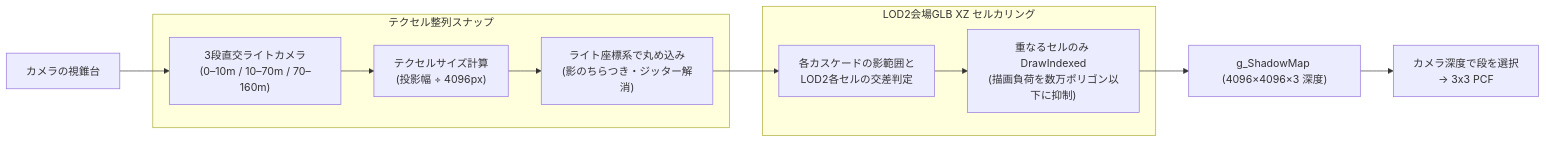
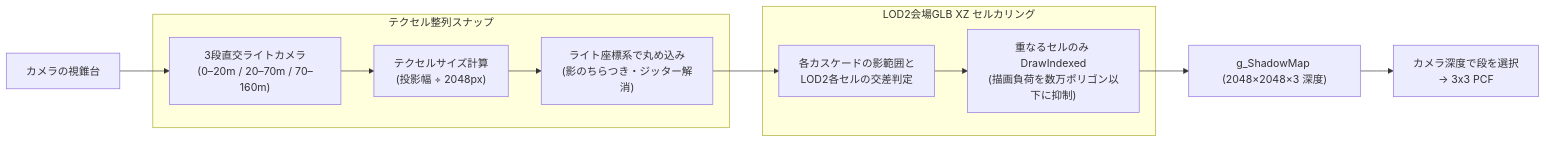
One commit to realryo1/E_X_P_O changed the second of 2 diagrams in document_game/rendering_and_lighting.md. Above: the diagram before and after it, drawn with Mermaid. The commit also changed other lines of this file and 5 other files, not shown here.

````diff
--- a/document_game/rendering_and_lighting.md
+++ b/document_game/rendering_and_lighting.md
@@ -185,14 +185,14 @@
 ```mermaid
 flowchart LR
-  focus["カメラの視錐台"] --> lightCam["3段直交ライトカメラ<br>(0–10m / 10–70m / 70–160m)"]
+  focus["カメラの視錐台"] --> lightCam["3段直交ライトカメラ<br>(0–20m / 20–70m / 70–160m)"]
   subgraph snap ["テクセル整列スナップ"]
-    lightCam --> texelCalc["テクセルサイズ計算<br>(投影幅 ÷ 4096px)"]
+    lightCam --> texelCalc["テクセルサイズ計算<br>(投影幅 ÷ 2048px)"]
     texelCalc --> snapPos["ライト座標系で丸め込み<br>(影のちらつき・ジッター解消)"]
   end
   subgraph cellCull ["LOD2会場GLB XZ セルカリング"]
     snapPos --> aabbOverlap["各カスケードの影範囲と<br>LOD2各セルの交差判定"]
     aabbOverlap --> drawCells["重なるセルのみ DrawIndexed<br>(描画負荷を数万ポリゴン以下に抑制)"]
   end
-  drawCells --> shadowTex["g_ShadowMap (4096×4096×3 深度)"]
+  drawCells --> shadowTex["g_ShadowMap (2048×2048×3 深度)"]
   shadowTex --> pcf["カメラ深度で段を選択<br>→ 3x3 PCF"]
 ```
````
